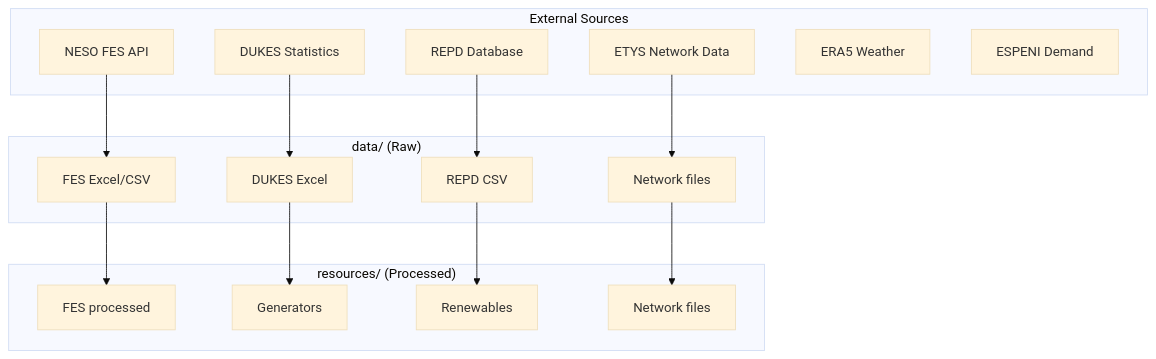
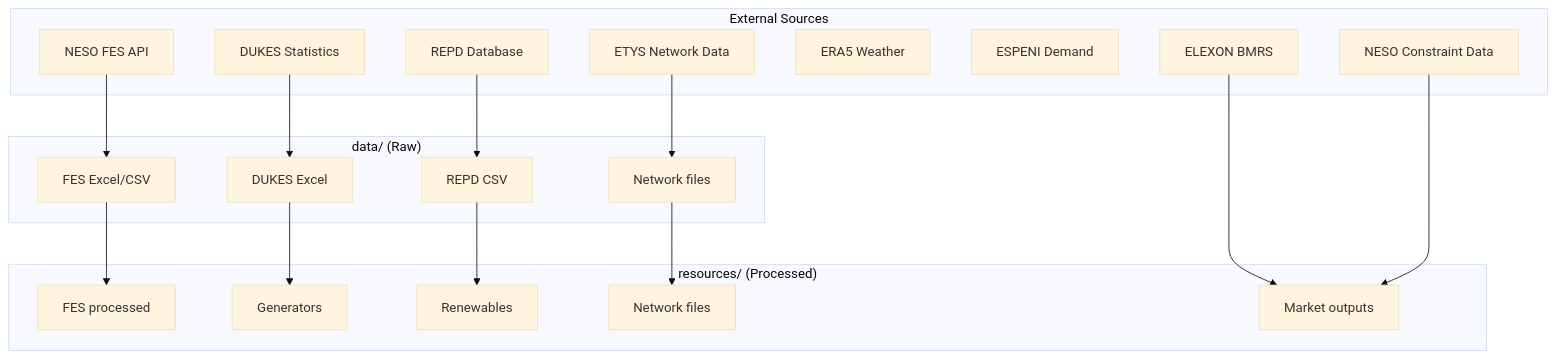
Before and after one commit to marta-uoe/PyPSA-GB-datacentres: the diagram in docs/source/data_reference/index.md, drawn with Mermaid (base theme). The commit also changed other lines of this file and 23 other files, not shown here.

````diff
--- a/docs/source/data_reference/index.md
+++ b/docs/source/data_reference/index.md
@@ -17,30 +17,35 @@
 ```{mermaid}
 flowchart TB
     subgraph External["External Sources"]
         FES["NESO FES API"]
         DUKES["DUKES Statistics"]
         REPD["REPD Database"]
         ETYS["ETYS Network Data"]
         ERA5["ERA5 Weather"]
         ESPENI["ESPENI Demand"]
+        ELEXON["ELEXON BMRS"]
+        NESO_VAL["NESO Constraint Data"]
     end
     
     subgraph Raw["data/ (Raw)"]
         FES_RAW["FES Excel/CSV"]
         DUKES_RAW["DUKES Excel"]
         REPD_RAW["REPD CSV"]
         ETYS_RAW["Network files"]
     end
     
     subgraph Processed["resources/ (Processed)"]
         FES_PROC["FES processed"]
         GEN_PROC["Generators"]
         RENEW_PROC["Renewables"]
         NETWORK["Network files"]
+        MARKET["Market outputs"]
     end
     
     FES --> FES_RAW --> FES_PROC
     DUKES --> DUKES_RAW --> GEN_PROC
     REPD --> REPD_RAW --> RENEW_PROC
     ETYS --> ETYS_RAW --> NETWORK
+    ELEXON --> MARKET
+    NESO_VAL --> MARKET
 ```
````
